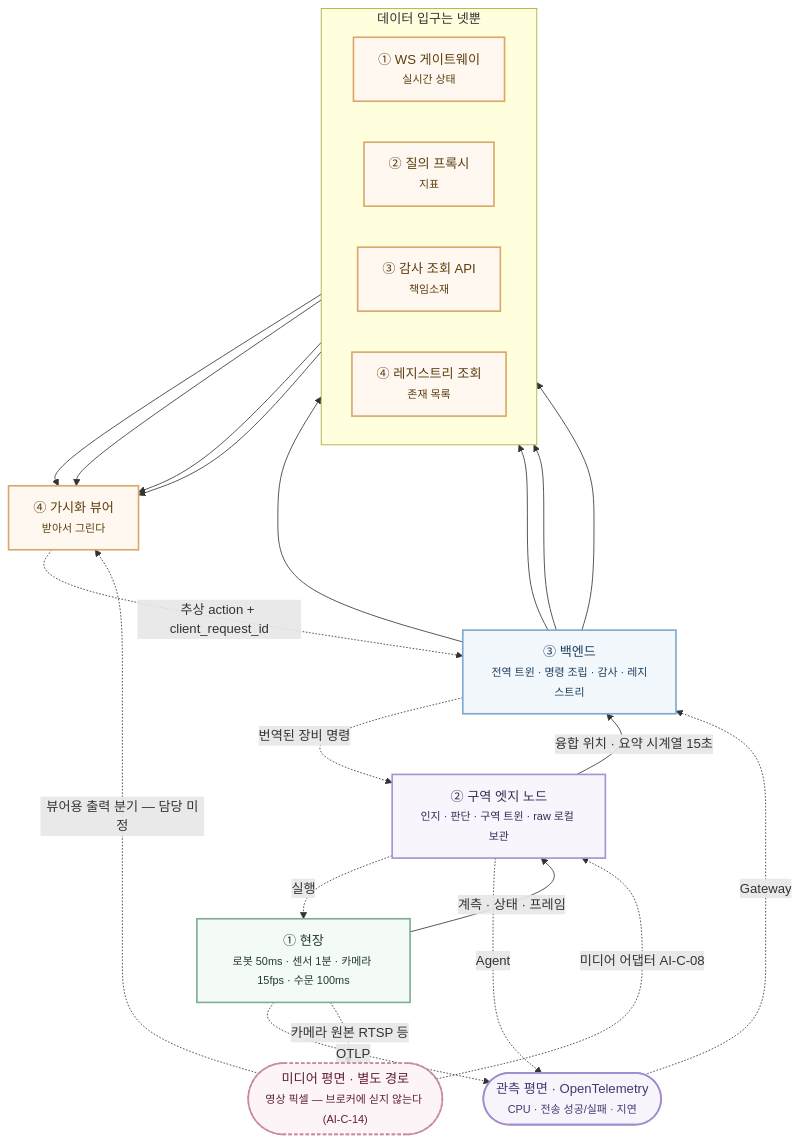
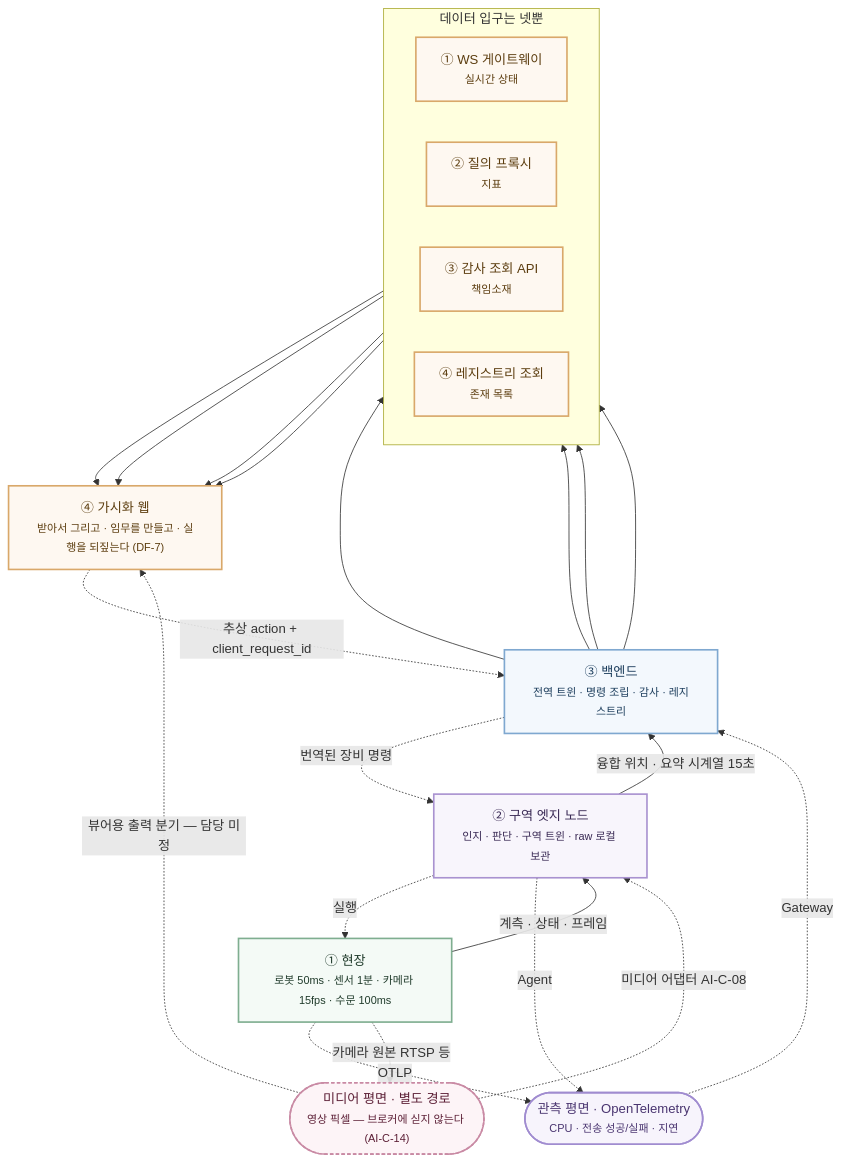
Before and after one commit to khw18033/Physical-Project-mk2: the first of 14 diagrams in docs/다이어그램_원본_mermaid.md, drawn with Mermaid. The commit also changed other lines of this file and 1 other file, not shown here.

First line of the commit message:
DF-7 신설 — 가시화 웹 중심 데이터 흐름도

````diff
--- a/docs/다이어그램_원본_mermaid.md
+++ b/docs/다이어그램_원본_mermaid.md
@@ -25,47 +31,47 @@
 ```mermaid
 flowchart TB
     D["① 현장<br/><small>로봇 50ms · 센서 1분 · 카메라 15fps · 수문 100ms</small>"]
     E["② 구역 엣지 노드<br/><small>인지 · 판단 · 구역 트윈 · raw 로컬 보관</small>"]
     B["③ 백엔드<br/><small>전역 트윈 · 명령 조립 · 감사 · 레지스트리</small>"]
-    V["④ 가시화 뷰어<br/><small>받아서 그린다</small>"]
+    V["④ 가시화 웹<br/><small>받아서 그리고 · 임무를 만들고 · 실행을 되짚는다 (DF-7)</small>"]
 
     D -->|계측 · 상태 · 프레임| E
     E -->|융합 위치 · 요약 시계열 15초| B
     B --> G1 & G2 & G3 & G4
     G1 & G2 & G3 & G4 --> V
 
     subgraph GATE[" 데이터 입구는 넷뿐 "]
         direction LR
         G1["① WS 게이트웨이<br/><small>실시간 상태</small>"]
         G2["② 질의 프록시<br/><small>지표</small>"]
         G3["③ 감사 조회 API<br/><small>책임소재</small>"]
         G4["④ 레지스트리 조회<br/><small>존재 목록</small>"]
     end
 
     V -.->|추상 action + client_request_id| B
     B -.->|번역된 장비 명령| E
     E -.->|실행| D
 
     O(["관측 평면 · OpenTelemetry<br/><small>CPU · 전송 성공/실패 · 지연</small>"])
     D -.->|OTLP| O
     E -.->|Agent| O
     O -.->|Gateway| B
 
     M(["미디어 평면 · 별도 경로<br/><small>영상 픽셀 — 브로커에 싣지 않는다 (AI-C-14)</small>"])
     D -.->|카메라 원본 RTSP 등| M
     M -.->|미디어 어댑터 AI-C-08| E
     M -.->|뷰어용 출력 분기 — 담당 미정| V
 
     classDef l1 fill:#f4faf6,stroke:#7fae90,stroke-width:2px,color:#1f3a2a
     classDef l2 fill:#f8f5fc,stroke:#a992d0,stroke-width:2px,color:#3a2a55
     classDef l3 fill:#f3f8fd,stroke:#7fa8d0,stroke-width:2px,color:#1c3d5c
     classDef l4 fill:#fef8f1,stroke:#d9a86a,stroke-width:2px,color:#5c3d0f
     classDef ob fill:#f7f4fc,stroke:#a08cd0,stroke-width:2px,color:#4a3570
     classDef md fill:#fdf4f7,stroke:#c98aa4,stroke-width:2px,color:#5c1f36,stroke-dasharray: 4 3
     class D l1
     class E l2
     class B l3
     class V,G1,G2,G3,G4 l4
     class O ob
     class M md
 ```
````
